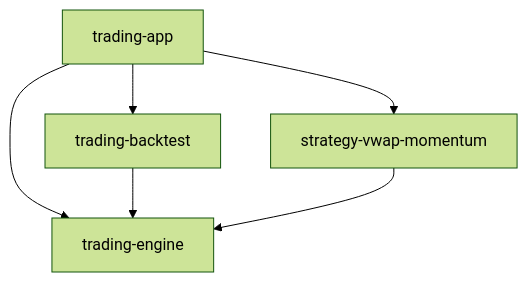
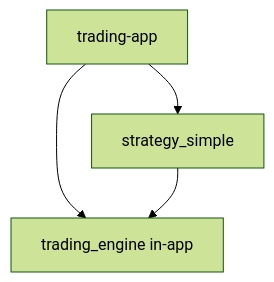
Before and after one commit to timhwchuang/tfx-trading: the diagram in apps/trading-app/SPEC.md, drawn with Mermaid (forest theme). The commit also changed other lines of this file and 522 other files, not shown here.

````diff
--- a/apps/trading-app/SPEC.md
+++ b/apps/trading-app/SPEC.md
@@ -8,13 +8,10 @@
 ```mermaid
 flowchart TD
-    APP[trading-app]
-    TE[trading-engine]
-    BT[trading-backtest]
-    SV[strategy-vwap-momentum]
+  APP[trading-app]
+  TE[trading_engine in-app]
+  SS[strategy_simple]
 
-    APP --> TE
-    APP --> BT
-    APP --> SV
-    BT --> TE
-    SV --> TE
+  APP --> TE
+  APP --> SS
+  SS --> TE
 ```
````
